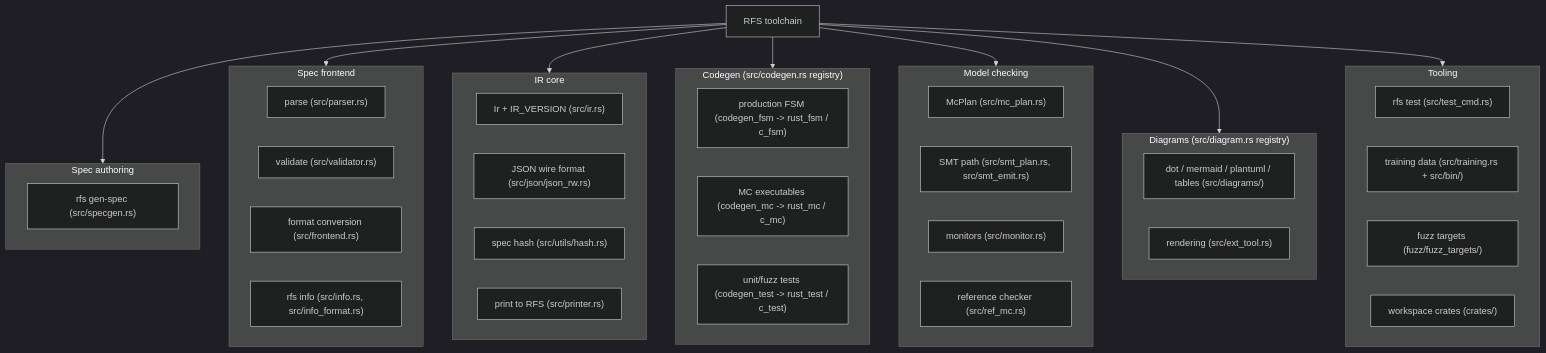
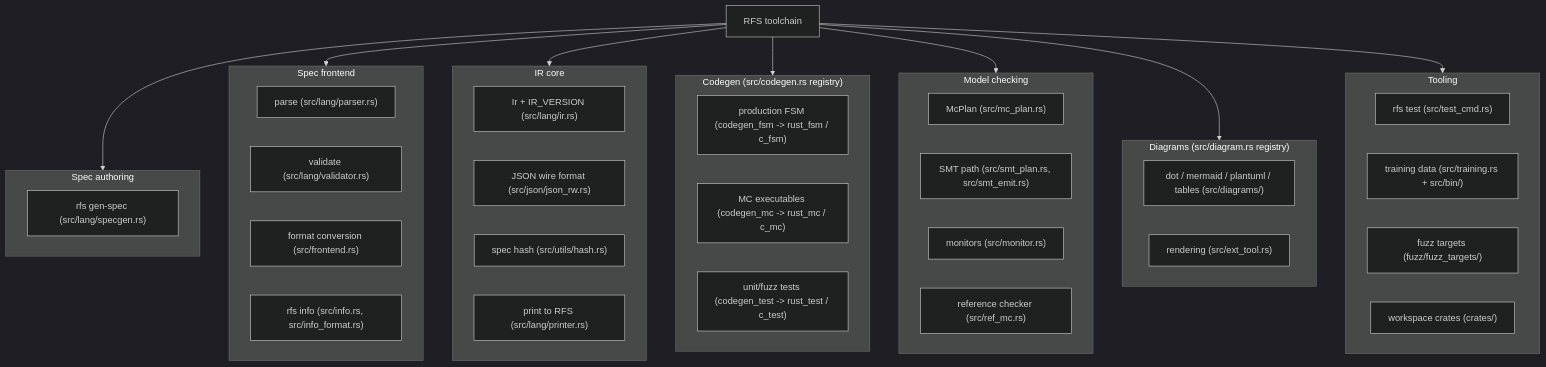
The second of 2 diagrams in docs/dev/ARCHITECTURE.md (vasil-sd/RFS), drawn with Mermaid (dark theme) before and after one commit. The commit also changed other lines of this file and 72 other files, not shown here.

````diff
--- a/docs/dev/ARCHITECTURE.md
+++ b/docs/dev/ARCHITECTURE.md
@@ -114,55 +114,55 @@
 ```mermaid
 flowchart TD
     RFS["RFS toolchain"]
 
     subgraph AUTHOR["Spec authoring"]
-        GEN["rfs gen-spec (src/specgen.rs)"]
+        GEN["rfs gen-spec (src/lang/specgen.rs)"]
     end
 
     subgraph FRONT["Spec frontend"]
-        PARSE["parse (src/parser.rs)"]
-        VALIDATE["validate (src/validator.rs)"]
+        PARSE["parse (src/lang/parser.rs)"]
+        VALIDATE["validate (src/lang/validator.rs)"]
         CONVERT["format conversion (src/frontend.rs)"]
         INFO["rfs info (src/info.rs, src/info_format.rs)"]
     end
 
     subgraph IRCORE["IR core"]
-        IR["Ir + IR_VERSION (src/ir.rs)"]
+        IR["Ir + IR_VERSION (src/lang/ir.rs)"]
         JSON["JSON wire format (src/json/json_rw.rs)"]
         HASH["spec hash (src/utils/hash.rs)"]
-        PRINT["print to RFS (src/printer.rs)"]
+        PRINT["print to RFS (src/lang/printer.rs)"]
     end
 
     subgraph CODEGEN["Codegen (src/codegen.rs registry)"]
         PROD["production FSM (codegen_fsm -> rust_fsm / c_fsm)"]
         MCBIN["MC executables (codegen_mc -> rust_mc / c_mc)"]
         TESTS["unit/fuzz tests (codegen_test -> rust_test / c_test)"]
     end
 
     subgraph MCENG["Model checking"]
         PLAN["McPlan (src/mc_plan.rs)"]
         SMT["SMT path (src/smt_plan.rs, src/smt_emit.rs)"]
         MON["monitors (src/monitor.rs)"]
         REF["reference checker (src/ref_mc.rs)"]
     end
 
     subgraph DIAGRAMS["Diagrams (src/diagram.rs registry)"]
         FORMATS["dot / mermaid / plantuml / tables (src/diagrams/)"]
         RENDER["rendering (src/ext_tool.rs)"]
     end
 
     subgraph TOOLING["Tooling"]
         TESTCMD["rfs test (src/test_cmd.rs)"]
         TRAIN["training data (src/training.rs + src/bin/)"]
         FUZZ["fuzz targets (fuzz/fuzz_targets/)"]
         CRATES["workspace crates (crates/)"]
     end
 
     RFS --> AUTHOR
     RFS --> FRONT
     RFS --> IRCORE
     RFS --> CODEGEN
     RFS --> MCENG
     RFS --> DIAGRAMS
     RFS --> TOOLING
 ```
````
